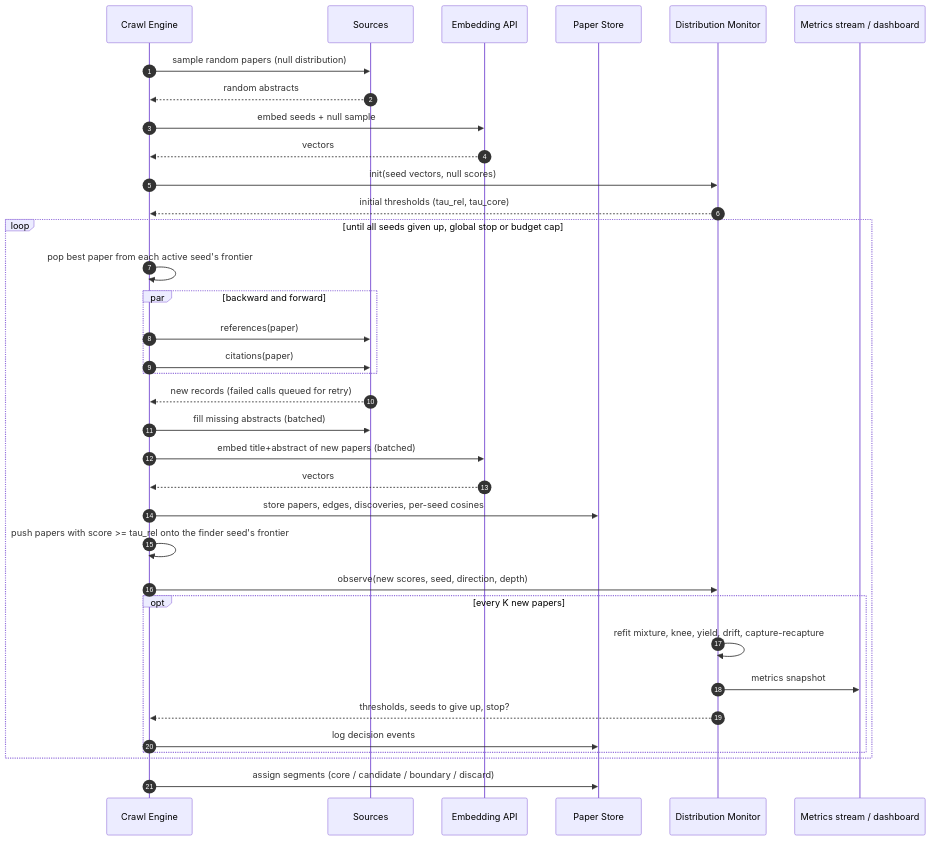
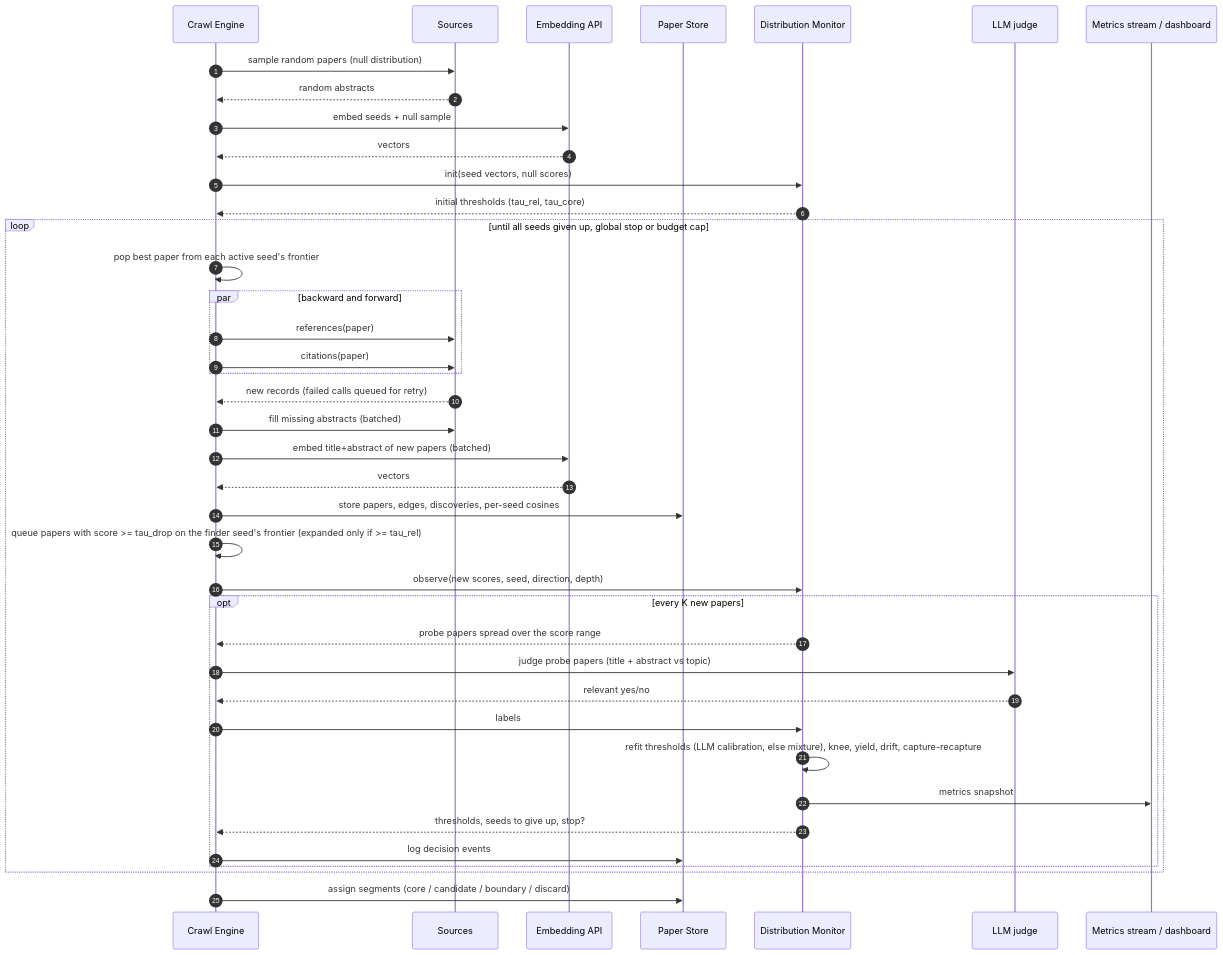
One commit to soorimess/litscout changed the third of 4 diagrams in docs/sequence-diagrams.md. Above: the diagram before and after it, drawn with Mermaid. The commit also changed 10 other files, not shown here.

First line of the commit message:
Calibrate live thresholds with small LLM probes (M9)

````diff
--- a/docs/sequence-diagrams.md
+++ b/docs/sequence-diagrams.md
@@ -68,38 +68,43 @@
 ```mermaid
 sequenceDiagram
     autonumber
     participant CE as Crawl Engine
     participant SRC as Sources
     participant EMB as Embedding API
     participant DB as Paper Store
     participant DM as Distribution Monitor
+    participant LLM as LLM judge
     participant MS as Metrics stream / dashboard
 
     CE->>SRC: sample random papers (null distribution)
     SRC-->>CE: random abstracts
     CE->>EMB: embed seeds + null sample
     EMB-->>CE: vectors
     CE->>DM: init(seed vectors, null scores)
     DM-->>CE: initial thresholds (tau_rel, tau_core)
     loop until all seeds given up, global stop or budget cap
         CE->>CE: pop best paper from each active seed's frontier
         par backward and forward
             CE->>SRC: references(paper)
             CE->>SRC: citations(paper)
         end
         SRC-->>CE: new records (failed calls queued for retry)
         CE->>SRC: fill missing abstracts (batched)
         CE->>EMB: embed title+abstract of new papers (batched)
         EMB-->>CE: vectors
         CE->>DB: store papers, edges, discoveries, per-seed cosines
-        CE->>CE: push papers with score >= tau_rel onto the finder seed's frontier
+        CE->>CE: queue papers with score >= tau_drop on the finder seed's frontier (expanded only if >= tau_rel)
         CE->>DM: observe(new scores, seed, direction, depth)
         opt every K new papers
-            DM->>DM: refit mixture, knee, yield, drift, capture-recapture
+            DM-->>CE: probe papers spread over the score range
+            CE->>LLM: judge probe papers (title + abstract vs topic)
+            LLM-->>CE: relevant yes/no
+            CE->>DM: labels
+            DM->>DM: refit thresholds (LLM calibration, else mixture), knee, yield, drift, capture-recapture
             DM->>MS: metrics snapshot
             DM-->>CE: thresholds, seeds to give up, stop?
             CE->>DB: log decision events
         end
     end
     CE->>DB: assign segments (core / candidate / boundary / discard)
 ```
````
